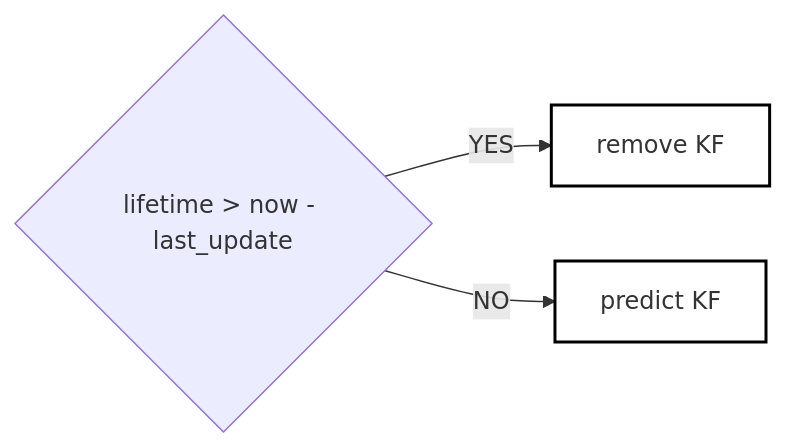
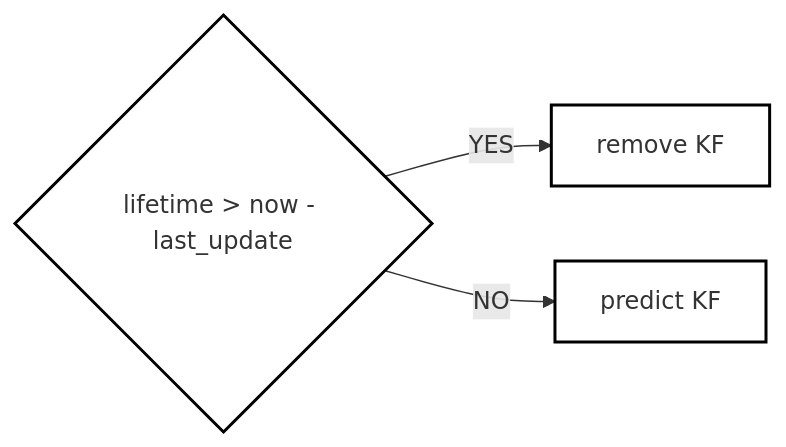
Before and after one commit to Extended-Object-Detection-ROS/object_spatial_tools_ros: the fifth of 5 diagrams in README.md, drawn with Mermaid. The commit also changed other lines of this file, not shown here.

````diff
--- a/README.md
+++ b/README.md
@@ -139,7 +139,7 @@
 ```mermaid
 graph LR
     classDef box fill:#FFFFFF, stroke:#000, stroke-width:2px;
     
-    A{lifetime > now - last_update} --> |YES|B[remove KF]:::box
+    A{lifetime > now - last_update}:::box --> |YES|B[remove KF]:::box
     A --> |NO|C[predict KF]:::box
 ```
````
